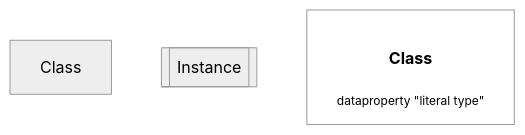
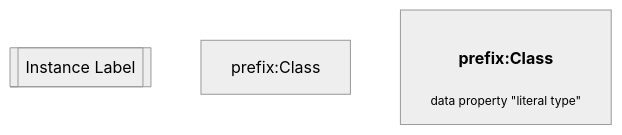
One commit to cambridge-cares/TheWorldAvatar changed the first of 10 diagrams in JPS_Ontology/ontology/ontoprofile/README.MD. Above: the diagram before and after it, drawn with Mermaid (neutral theme). The commit also changed other lines of this file and 2 other files, not shown here.

````diff
--- a/JPS_Ontology/ontology/ontoprofile/README.MD
+++ b/JPS_Ontology/ontology/ontoprofile/README.MD
@@ -29,10 +29,6 @@
 ```mermaid
 flowchart TD
-    %% Styling
-    classDef literal fill:none
-
-    %% Diagram
-    clazz[Class]
-    instance[[Instance]]
-    clazzLiteral["<h4>Class</h4><p style='font-size:0.75rem;'>dataproperty &quot;literal type&quot;</p>"]:::literal
+    instance[[Instance Label]]
+    clazz[prefix:Class]
+    clazzLiteral["<h4>prefix:Class</h4><p style='font-size:0.75rem;'>data property &quot;literal type&quot;</p>"]:::literal
 ```
````
